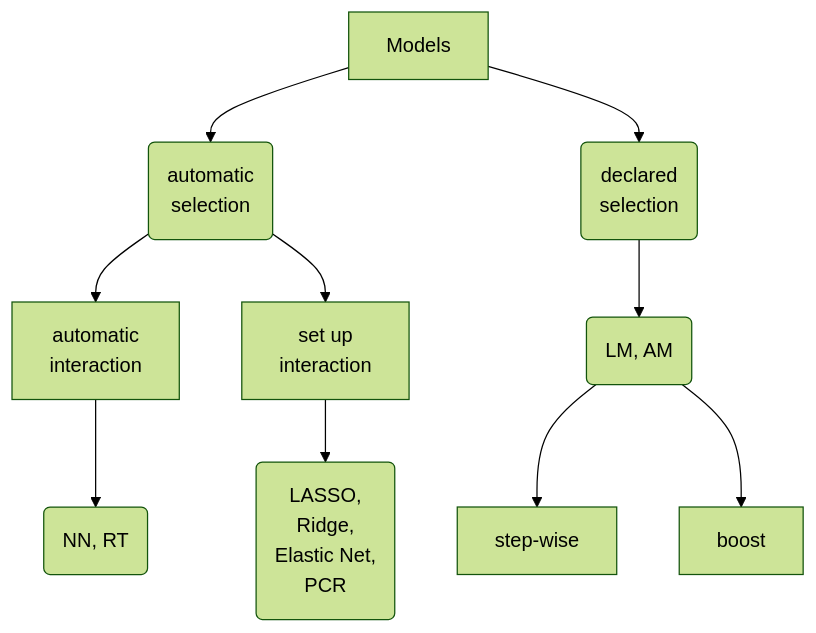
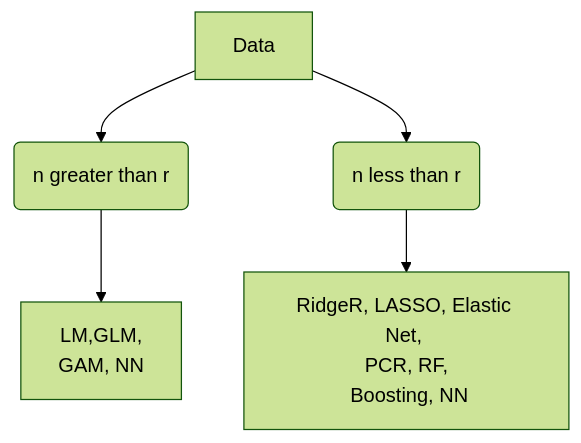
Before and after one commit to mstasinopoulos/ShortCourse: the diagram in select.qmd, drawn with Mermaid (forest theme). The commit also changed other lines of this file and 54 other files, not shown here.

````diff
--- a/select.qmd
+++ b/select.qmd
@@ -38,14 +310,12 @@
 ```{mermaid}
 %%| label: fig-fitting
-%%| fig-cap: "Different methods of selecting features."
+%%| fig-cap: "Different ways to estimate the coefficients of a GAMLSS      model."
+%%| fig-width: 10
+%%| fig-height: 10
+%%| fig-size: 12
 flowchart TB
-  A[Models] --> B(automatic \n selection) 
-  A --> C(declared\n selection)
-  B --> G[automatic \n interaction]
-  B --> H[set up \n interaction]
-  G --> D(NN, RT)
-  H --> E(LASSO, \n Ridge, \n Elastic Net, \n PCR )
-  S --> M[step-wise]
-  S --> N[boost]
-  C --> S(LM, AM )
+  A[Data] --> B(n greater than r) 
+  A --> C( n less than r)
+  B --> D[LM,GLM, \n GAM, NN ]
+  C --> E[RidgeR, LASSO, Elastic Net, \n PCR, RF, \n Boosting, NN]
 ```
````
